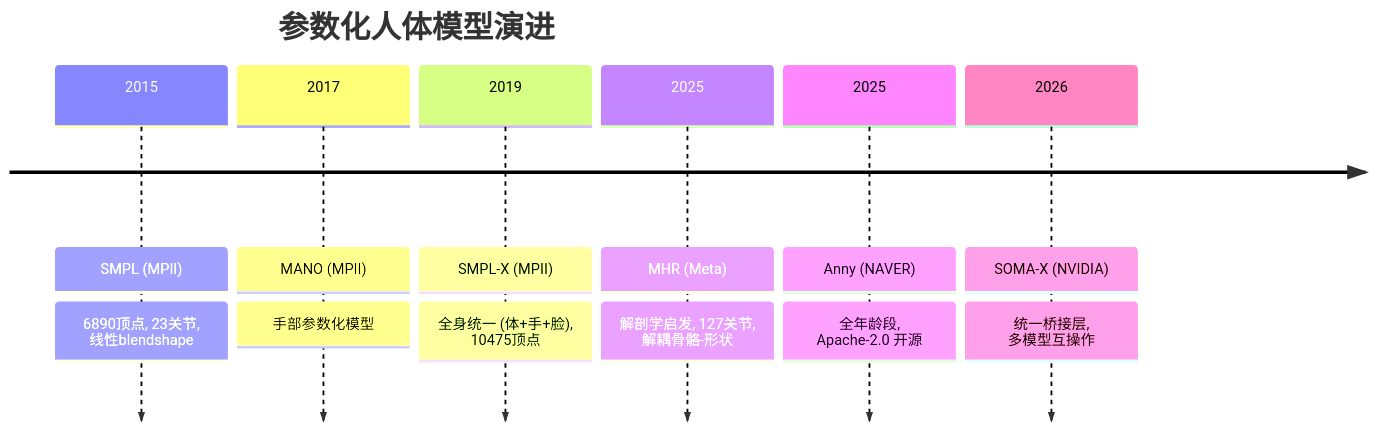
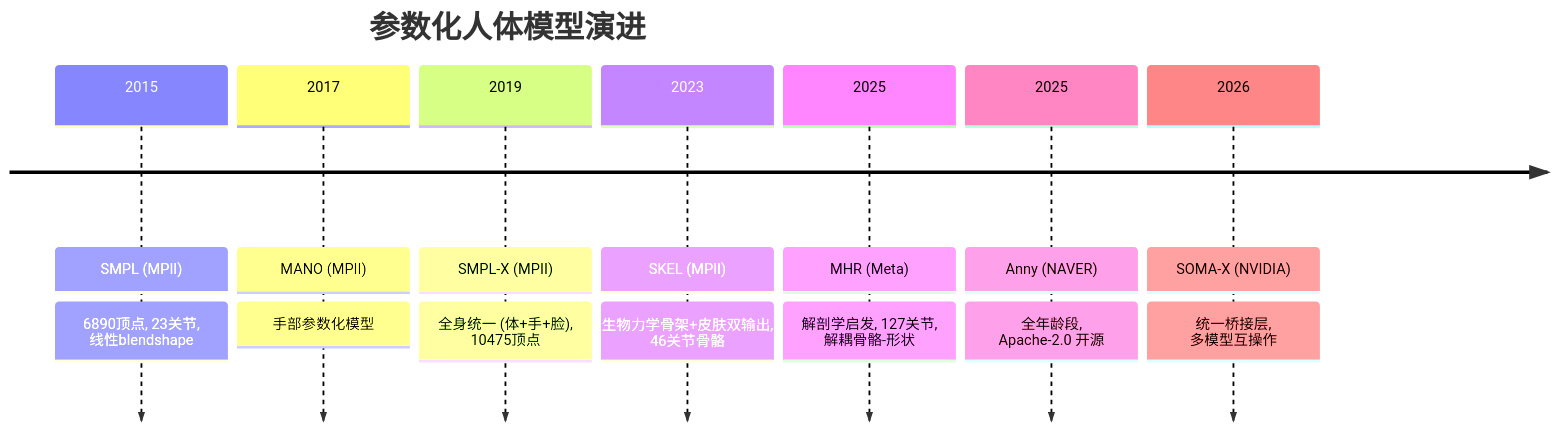
One commit to wlwu92/AGIKnowledge changed the diagram in 02_L2_核心技术与算法 (Core Tech & Algorithms)/2026-05-12-参数化人体模型综述.md. Above: the diagram before and after it, drawn with Mermaid. The commit also changed other lines of this file and 51 other files, not shown here.

````diff
--- a/02_L2_核心技术与算法 (Core Tech & Algorithms)/2026-05-12-参数化人体模型综述.md
+++ b/02_L2_核心技术与算法 (Core Tech & Algorithms)/2026-05-12-参数化人体模型综述.md
@@ -30,10 +30,11 @@
 ```mermaid
 timeline
     title 参数化人体模型演进
     2015 : SMPL (MPII) : 6890顶点, 23关节, 线性blendshape
     2017 : MANO (MPII) : 手部参数化模型
     2019 : SMPL-X (MPII) : 全身统一 (体+手+脸), 10475顶点
+    2023 : SKEL (MPII) : 生物力学骨架+皮肤双输出, 46关节骨骼
     2025 : MHR (Meta) : 解剖学启发, 127关节, 解耦骨骼-形状
     2025 : Anny (NAVER) : 全年龄段, Apache-2.0 开源
     2026 : SOMA-X (NVIDIA) : 统一桥接层, 多模型互操作
 ```
````
